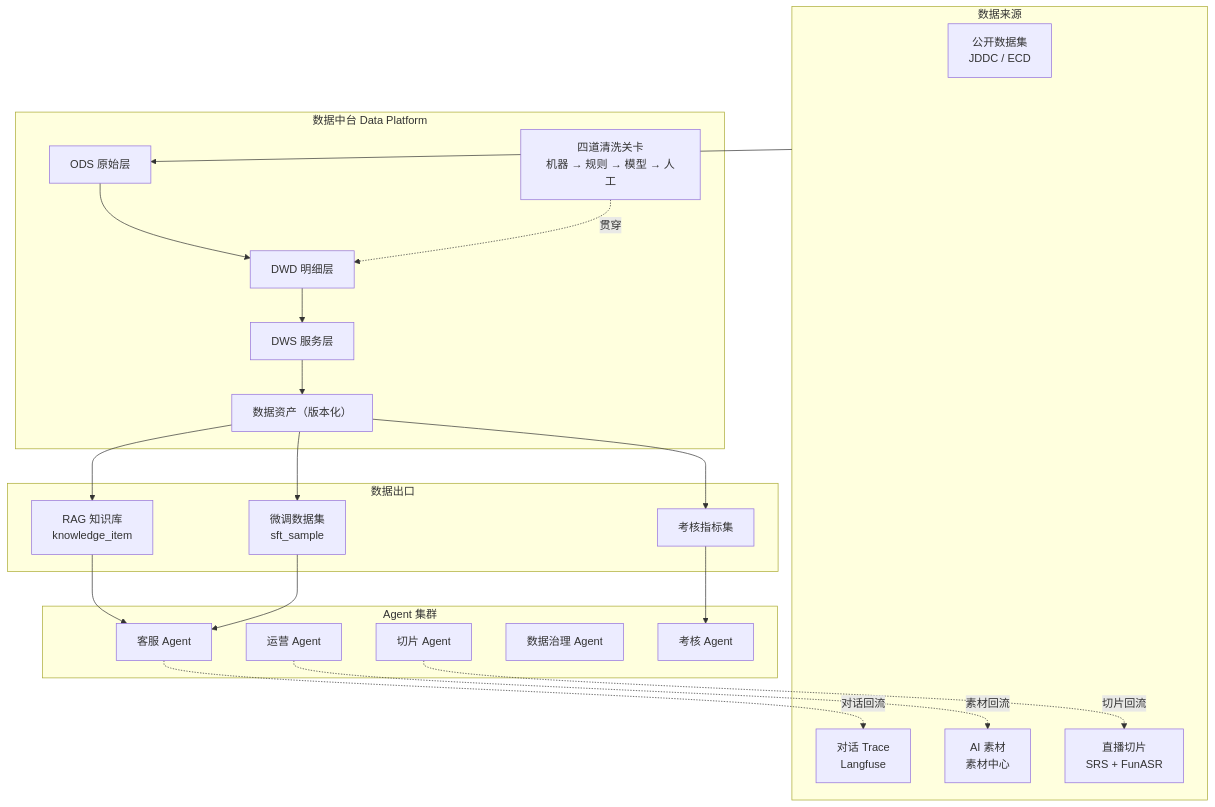
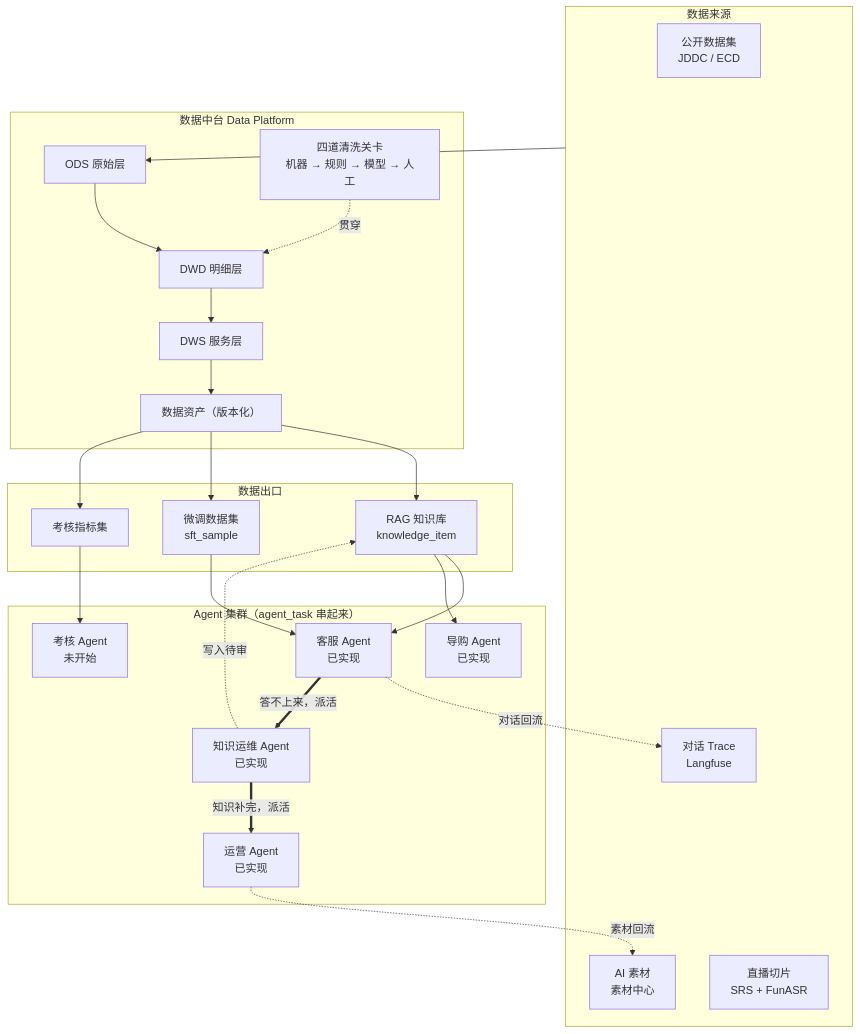
Before and after one commit to Cqusts/smartMall: the diagram in README.md, drawn with Mermaid. The commit also changed other lines of this file, not shown here.

First line of the commit message:
docs: README 补上四个 Agent 与闭环

````diff
--- a/README.md
+++ b/README.md
@@ -25,42 +25,46 @@
 ```mermaid
 flowchart TB
     subgraph SRC["数据来源"]
         D1["公开数据集<br/>JDDC / ECD"]
         D2["对话 Trace<br/>Langfuse"]
         D3["AI 素材<br/>素材中心"]
         D4["直播切片<br/>SRS + FunASR"]
     end
 
     subgraph DP["数据中台 Data Platform"]
         ODS["ODS 原始层"] --> DWD["DWD 明细层"]
         DWD --> DWS["DWS 服务层"]
         DWS --> DA["数据资产（版本化）"]
         CLEAN["四道清洗关卡<br/>机器 → 规则 → 模型 → 人工"]
     end
 
     subgraph OUT["数据出口"]
         KB["RAG 知识库<br/>knowledge_item"]
         SFT["微调数据集<br/>sft_sample"]
         KPI["考核指标集"]
     end
 
-    subgraph AG["Agent 集群"]
-        A1["客服 Agent"]
-        A2["运营 Agent"]
-        A3["切片 Agent"]
-        A4["数据治理 Agent"]
-        A5["考核 Agent"]
+    subgraph AG["Agent 集群（agent_task 串起来）"]
+        A1["客服 Agent<br/>已实现"]
+        A2["导购 Agent<br/>已实现"]
+        A3["知识运维 Agent<br/>已实现"]
+        A4["运营 Agent<br/>已实现"]
+        A5["考核 Agent<br/>未开始"]
     end
 
     SRC --> ODS
     CLEAN -.贯穿.-> DWD
     DA --> KB
     DA --> SFT
     DA --> KPI
     KB --> A1
+    KB --> A2
     SFT --> A1
     KPI --> A5
     A1 -.对话回流.-> D2
-    A2 -.素材回流.-> D3
-    A3 -.切片回流.-> D4
+    A4 -.素材回流.-> D3
+
+    A1 ==>|"答不上来，派活"| A3
+    A3 ==>|"知识补完，派活"| A4
+    A3 -.写入待审.-> KB
 ```
````
